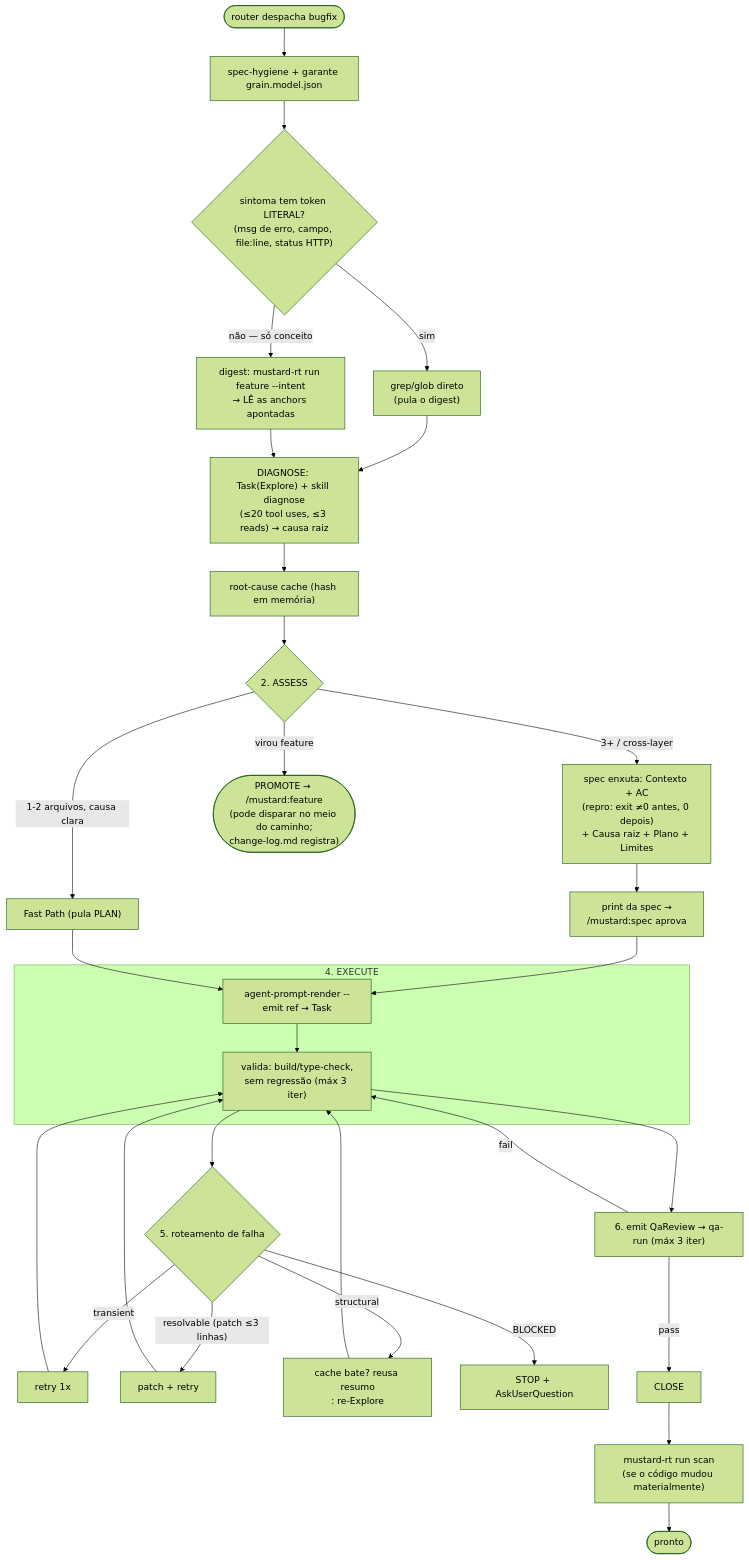
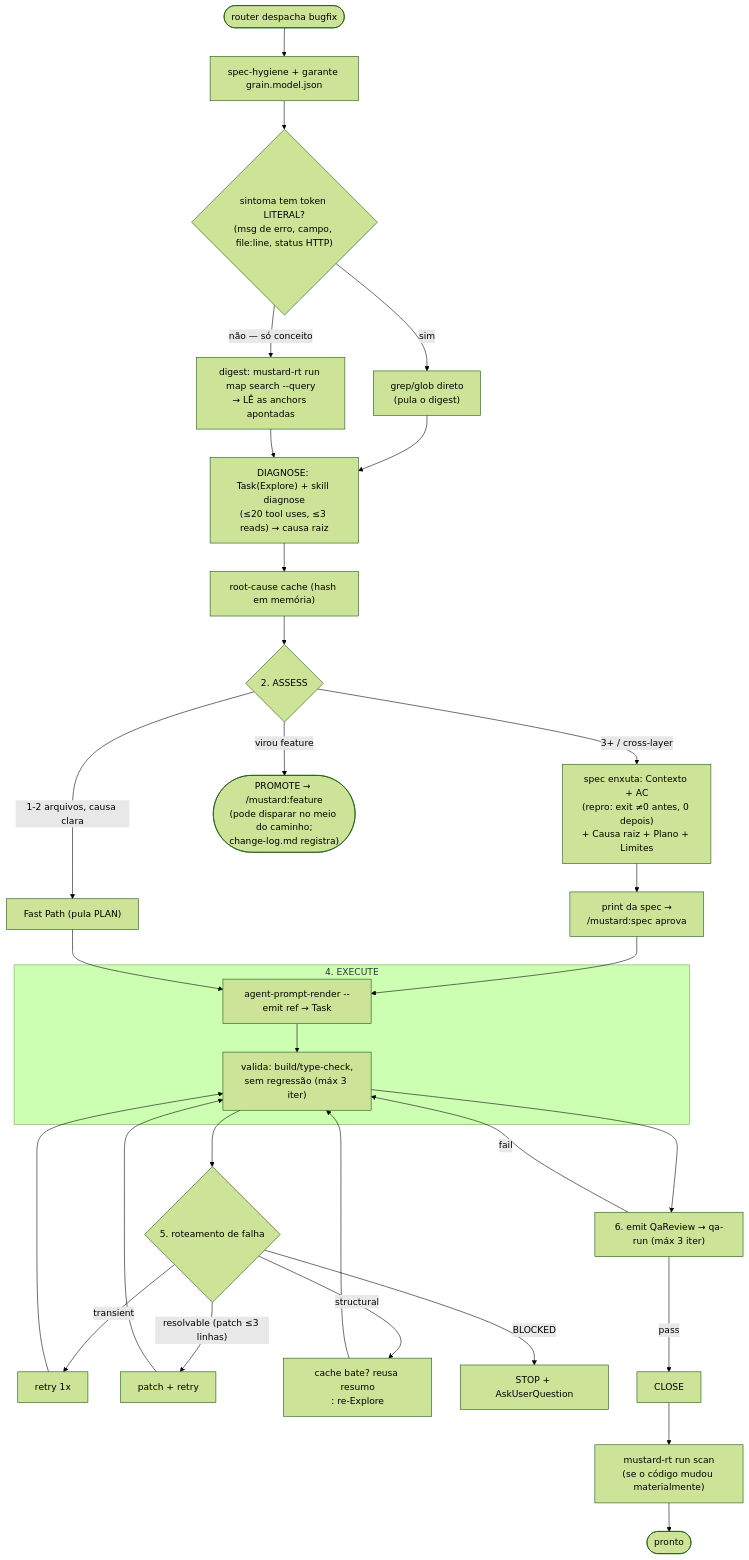
Before and after one commit to rubensrpj/mustard: the sixth of 11 diagrams in MUSTARD-COMMANDS.md, drawn with Mermaid (forest theme). The commit also changed other lines of this file and 339 other files, not shown here.

````diff
--- a/MUSTARD-COMMANDS.md
+++ b/MUSTARD-COMMANDS.md
@@ -201,34 +201,34 @@
 ```mermaid
 flowchart TD
     start(["router despacha bugfix"]) --> hyg["spec-hygiene + garante grain.model.json"]
     hyg --> triage{"sintoma tem token LITERAL?<br/>(msg de erro, campo, file:line, status HTTP)"}
     triage -->|sim| grep["grep/glob direto<br/>(pula o digest)"]
-    triage -->|"não — só conceito"| dig["digest: mustard-rt run feature --intent<br/>→ LÊ as anchors apontadas"]
+    triage -->|"não — só conceito"| dig["digest: mustard-rt run map search --query<br/>→ LÊ as anchors apontadas"]
     grep --> diag["DIAGNOSE: Task(Explore) + skill diagnose<br/>(≤20 tool uses, ≤3 reads) → causa raiz"]
     dig --> diag
     diag --> cache["root-cause cache (hash em memória)"]
 
     cache --> assess{"2. ASSESS"}
     assess -->|"1-2 arquivos, causa clara"| fast["Fast Path (pula PLAN)"]
     assess -->|"3+ / cross-layer"| full["spec enxuta: Contexto + AC<br/>(repro: exit ≠0 antes, 0 depois)<br/>+ Causa raiz + Plano + Limites"]
     assess -->|"virou feature"| promote(["PROMOTE → /mustard:feature<br/>(pode disparar no meio do caminho;<br/>change-log.md registra)"])
     full --> appr["print da spec →<br/>/mustard:spec aprova"]
     appr --> exec
     fast --> exec
 
     subgraph ex["4. EXECUTE"]
         exec["agent-prompt-render --emit ref → Task"] --> validate["valida: build/type-check,<br/>sem regressão (máx 3 iter)"]
     end
 
     validate --> routef{"5. roteamento de falha"}
     routef -->|transient| retry["retry 1x"] --> validate
     routef -->|"resolvable (patch ≤3 linhas)"| patch["patch + retry"] --> validate
     routef -->|structural| reexp["cache bate? reusa resumo<br/>: re-Explore"] --> validate
     routef -->|BLOCKED| blocked["STOP + AskUserQuestion"]
 
     validate --> qa["6. emit QaReview → qa-run (máx 3 iter)"]
     qa -->|pass| close["CLOSE"]
     qa -->|fail| validate
     close --> rescan["mustard-rt run scan<br/>(se o código mudou materialmente)"]
     rescan --> done(["pronto"])
 ```
````
